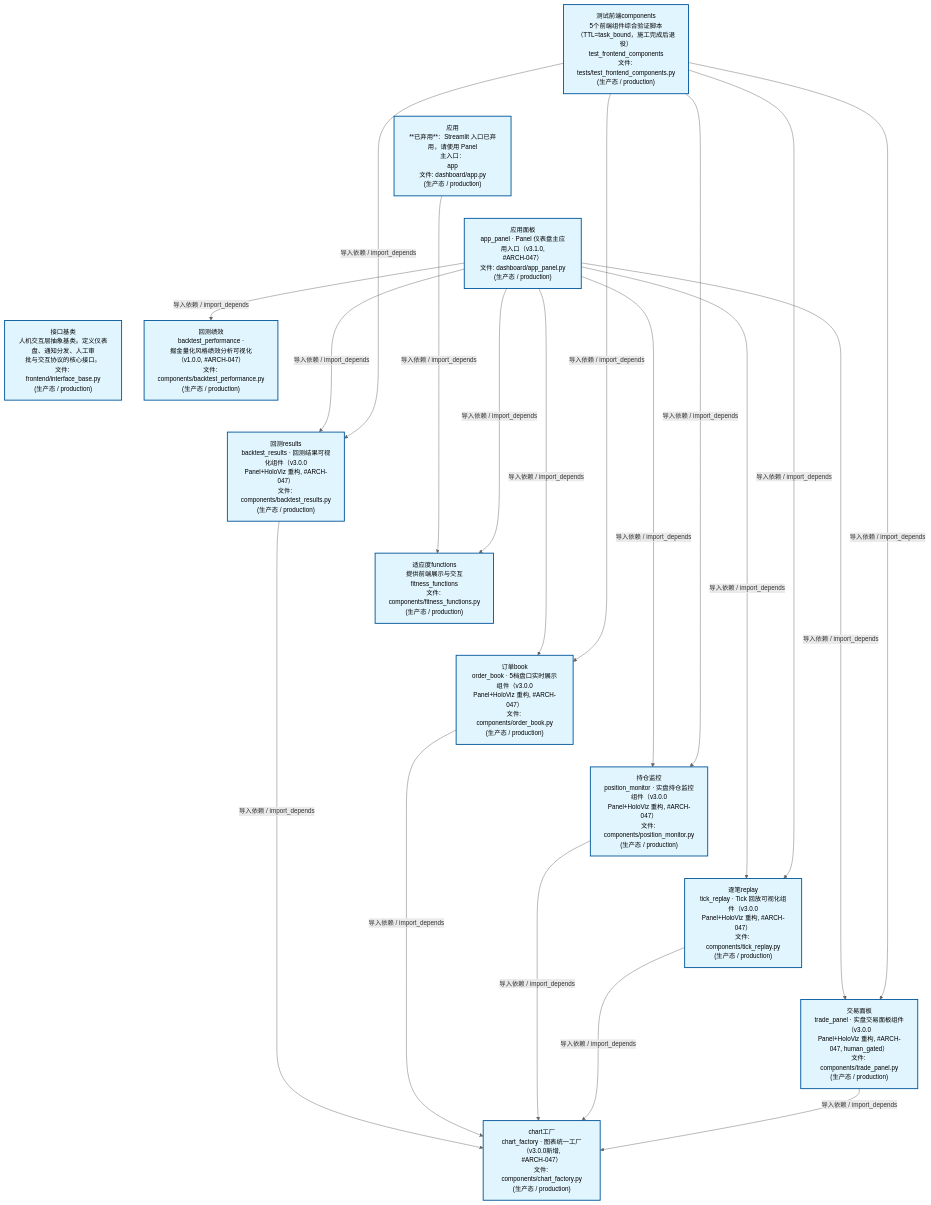
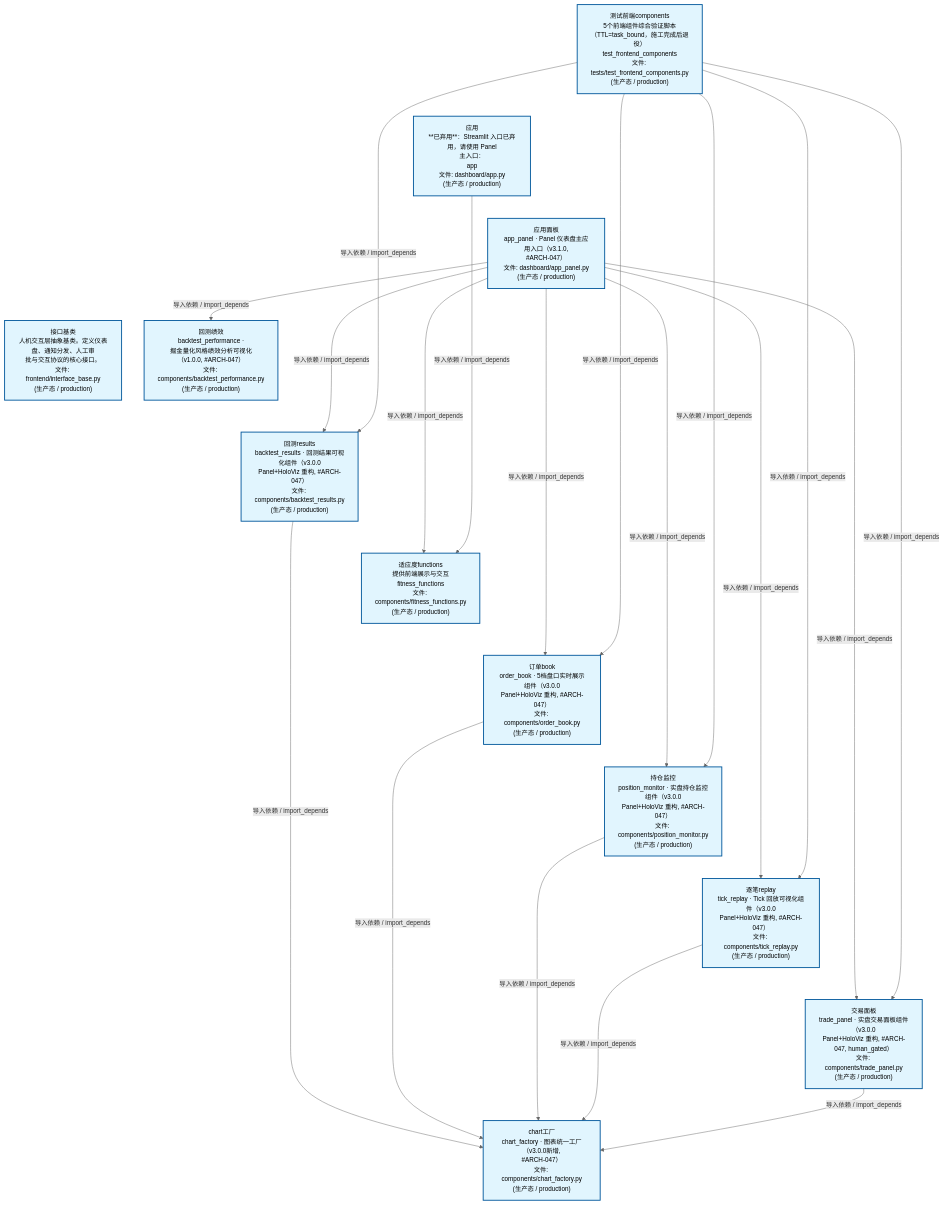
Before and after one commit to xuanFelixVan/ZephyrAlpha: the second of 4 diagrams in docs/02_enterprise_architecture/02_domain_architecture_docs/47_d_frontend.md, drawn with Mermaid. The commit also changed other lines of this file and 45 other files, not shown here.

````diff
--- a/docs/02_enterprise_architecture/02_domain_architecture_docs/47_d_frontend.md
+++ b/docs/02_enterprise_architecture/02_domain_architecture_docs/47_d_frontend.md
@@ -124,48 +124,48 @@
 ```mermaid
 %%{init: {'theme': 'base', 'themeVariables': {'primaryColor': '#eaeaea', 'primaryTextColor': '#333333', 'primaryBorderColor': '#666666', 'lineColor': '#666666', 'secondaryColor': '#eaeaea', 'tertiaryColor': '#eaeaea', 'fontSize': '14px'}}}%%
 flowchart TD
     scripts_tests_test_frontend_components_py["测试前端components<br/>5个前端组件综合验证脚本<br/>（TTL=task_bound，施工完成后退役）<br/>test_frontend_components<br/>文件: tests/test_frontend_components.py<br/>(生产态 / production)"]
     src_zephyr_frontend_dashboard_app_py["应用<br/>**已弃用**：Streamlit 入口已弃用，请使用 Panel<br/>主入口：<br/>app<br/>文件: dashboard/app.py<br/>(生产态 / production)"]
     src_zephyr_frontend_dashboard_app_panel_py["应用面板<br/>app_panel · Panel 仪表盘主应用入口（v3.1.0,<br/>#ARCH-047）<br/>文件: dashboard/app_panel.py<br/>(生产态 / production)"]
     src_zephyr_frontend_interface_base_py["接口基类<br/>人机交互层抽象基类。定义仪表盘、通知分发、人工审<br/>批与交互协议的核心接口。<br/>文件: frontend/interface_base.py<br/>(生产态 / production)"]
     scripts_tests_test_frontend_components_py ~~~ src_zephyr_frontend_dashboard_app_py
     src_zephyr_frontend_dashboard_app_py ~~~ src_zephyr_frontend_dashboard_app_panel_py
     src_zephyr_frontend_dashboard_app_panel_py ~~~ src_zephyr_frontend_interface_base_py
     src_zephyr_frontend_dashboard_components_backtest_performance_py["回测绩效<br/>backtest_performance ·<br/>掘金量化风格绩效分析可视化（v1.0.0, #ARCH-047）<br/>文件: components/backtest_performance.py<br/>(生产态 / production)"]
     src_zephyr_frontend_dashboard_components_backtest_results_py["回测results<br/>backtest_results · 回测结果可视化组件（v3.0.0<br/>Panel+HoloViz 重构, #ARCH-047）<br/>文件: components/backtest_results.py<br/>(生产态 / production)"]
     src_zephyr_frontend_dashboard_components_fitness_functions_py["适应度functions<br/>提供前端展示与交互<br/>fitness_functions<br/>文件: components/fitness_functions.py<br/>(生产态 / production)"]
     src_zephyr_frontend_dashboard_components_order_book_py["订单book<br/>order_book · 5档盘口实时展示组件（v3.0.0<br/>Panel+HoloViz 重构, #ARCH-047）<br/>文件: components/order_book.py<br/>(生产态 / production)"]
     src_zephyr_frontend_dashboard_components_position_monitor_py["持仓监控<br/>position_monitor · 实盘持仓监控组件（v3.0.0<br/>Panel+HoloViz 重构, #ARCH-047）<br/>文件: components/position_monitor.py<br/>(生产态 / production)"]
     src_zephyr_frontend_dashboard_components_tick_replay_py["逐笔replay<br/>tick_replay · Tick 回放可视化组件（v3.0.0<br/>Panel+HoloViz 重构, #ARCH-047）<br/>文件: components/tick_replay.py<br/>(生产态 / production)"]
     src_zephyr_frontend_dashboard_components_trade_panel_py["交易面板<br/>trade_panel · 实盘交易面板组件（v3.0.0<br/>Panel+HoloViz 重构, #ARCH-047, human_gated）<br/>文件: components/trade_panel.py<br/>(生产态 / production)"]
     src_zephyr_frontend_dashboard_components_backtest_performance_py ~~~ src_zephyr_frontend_dashboard_components_backtest_results_py
     src_zephyr_frontend_dashboard_components_backtest_results_py ~~~ src_zephyr_frontend_dashboard_components_fitness_functions_py
     src_zephyr_frontend_dashboard_components_fitness_functions_py ~~~ src_zephyr_frontend_dashboard_components_order_book_py
     src_zephyr_frontend_dashboard_components_order_book_py ~~~ src_zephyr_frontend_dashboard_components_position_monitor_py
     src_zephyr_frontend_dashboard_components_position_monitor_py ~~~ src_zephyr_frontend_dashboard_components_tick_replay_py
     src_zephyr_frontend_dashboard_components_tick_replay_py ~~~ src_zephyr_frontend_dashboard_components_trade_panel_py
     src_zephyr_frontend_dashboard_components_chart_factory_py["chart工厂<br/>chart_factory · 图表统一工厂（v3.0.0新增,<br/>#ARCH-047）<br/>文件: components/chart_factory.py<br/>(生产态 / production)"]
-    src_zephyr_frontend_dashboard_components_backtest_results_py -->|导入依赖 / import_depends| src_zephyr_frontend_dashboard_components_chart_factory_py
-    src_zephyr_frontend_dashboard_app_py -->|导入依赖 / import_depends| src_zephyr_frontend_dashboard_components_fitness_functions_py
+    src_zephyr_frontend_dashboard_app_panel_py -->|导入依赖 / import_depends| src_zephyr_frontend_dashboard_components_backtest_performance_py
     src_zephyr_frontend_dashboard_app_panel_py -->|导入依赖 / import_depends| src_zephyr_frontend_dashboard_components_backtest_results_py
-    src_zephyr_frontend_dashboard_app_panel_py -->|导入依赖 / import_depends| src_zephyr_frontend_dashboard_components_backtest_performance_py
     src_zephyr_frontend_dashboard_app_panel_py -->|导入依赖 / import_depends| src_zephyr_frontend_dashboard_components_fitness_functions_py
     src_zephyr_frontend_dashboard_app_panel_py -->|导入依赖 / import_depends| src_zephyr_frontend_dashboard_components_order_book_py
     src_zephyr_frontend_dashboard_app_panel_py -->|导入依赖 / import_depends| src_zephyr_frontend_dashboard_components_position_monitor_py
     src_zephyr_frontend_dashboard_app_panel_py -->|导入依赖 / import_depends| src_zephyr_frontend_dashboard_components_tick_replay_py
     src_zephyr_frontend_dashboard_app_panel_py -->|导入依赖 / import_depends| src_zephyr_frontend_dashboard_components_trade_panel_py
+    src_zephyr_frontend_dashboard_app_py -->|导入依赖 / import_depends| src_zephyr_frontend_dashboard_components_fitness_functions_py
+    src_zephyr_frontend_dashboard_components_backtest_results_py -->|导入依赖 / import_depends| src_zephyr_frontend_dashboard_components_chart_factory_py
     src_zephyr_frontend_dashboard_components_order_book_py -->|导入依赖 / import_depends| src_zephyr_frontend_dashboard_components_chart_factory_py
     src_zephyr_frontend_dashboard_components_position_monitor_py -->|导入依赖 / import_depends| src_zephyr_frontend_dashboard_components_chart_factory_py
     src_zephyr_frontend_dashboard_components_tick_replay_py -->|导入依赖 / import_depends| src_zephyr_frontend_dashboard_components_chart_factory_py
     src_zephyr_frontend_dashboard_components_trade_panel_py -->|导入依赖 / import_depends| src_zephyr_frontend_dashboard_components_chart_factory_py
     scripts_tests_test_frontend_components_py -->|导入依赖 / import_depends| src_zephyr_frontend_dashboard_components_backtest_results_py
     scripts_tests_test_frontend_components_py -->|导入依赖 / import_depends| src_zephyr_frontend_dashboard_components_order_book_py
     scripts_tests_test_frontend_components_py -->|导入依赖 / import_depends| src_zephyr_frontend_dashboard_components_position_monitor_py
     scripts_tests_test_frontend_components_py -->|导入依赖 / import_depends| src_zephyr_frontend_dashboard_components_tick_replay_py
     scripts_tests_test_frontend_components_py -->|导入依赖 / import_depends| src_zephyr_frontend_dashboard_components_trade_panel_py
     classDef production fill:#e1f5fe,stroke:#01579b,stroke-width:2px,color:#000
     classDef design fill:#fff3e0,stroke:#e65100,stroke-width:2px,color:#000,stroke-dasharray: 5 5
     classDef external_prod fill:#e8f4fd,stroke:#0277bd,stroke-width:1px,color:#000
     classDef external_design fill:#fff8e7,stroke:#ef6c00,stroke-width:1px,color:#000,stroke-dasharray: 5 5
     class scripts_tests_test_frontend_components_py,src_zephyr_frontend_dashboard_app_py,src_zephyr_frontend_dashboard_app_panel_py,src_zephyr_frontend_dashboard_components_backtest_performance_py,src_zephyr_frontend_dashboard_components_backtest_results_py,src_zephyr_frontend_dashboard_components_chart_factory_py,src_zephyr_frontend_dashboard_components_fitness_functions_py,src_zephyr_frontend_dashboard_components_order_book_py,src_zephyr_frontend_dashboard_components_position_monitor_py,src_zephyr_frontend_dashboard_components_tick_replay_py,src_zephyr_frontend_dashboard_components_trade_panel_py,src_zephyr_frontend_interface_base_py production
 ```
````
